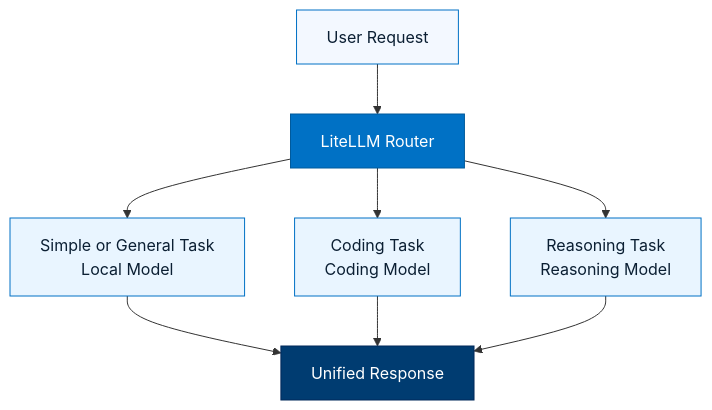
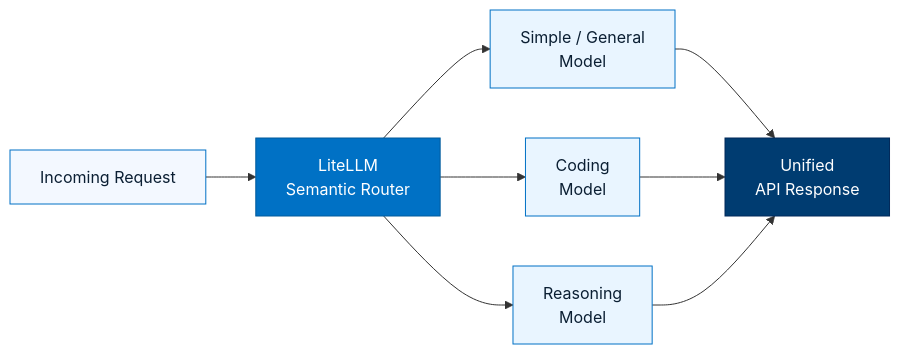
The sixth of 9 diagrams in README.md (malcolmchanhaoxian/Intel-SG-Workshop-2026), drawn with Mermaid before and after one commit. The commit also changed other lines of this file, not shown here.

````diff
--- a/README.md
+++ b/README.md
@@ -294,22 +355,23 @@
 ```mermaid
-flowchart TB
-    USER["User Request"] --> ROUTER["LiteLLM Router"]
+flowchart LR
+    REQUEST["Incoming Request"] -->
+    ROUTER["LiteLLM<br/>Semantic Router"]
 
-    ROUTER --> SIMPLE["Simple or General Task<br/>Local Model"]
-    ROUTER --> CODE["Coding Task<br/>Coding Model"]
-    ROUTER --> REASON["Reasoning Task<br/>Reasoning Model"]
+    ROUTER --> SIMPLE["Simple / General<br/>Model"]
+    ROUTER --> CODE["Coding<br/>Model"]
+    ROUTER --> REASON["Reasoning<br/>Model"]
 
-    SIMPLE --> RESPONSE["Unified Response"]
+    SIMPLE --> RESPONSE["Unified<br/>API Response"]
     CODE --> RESPONSE
     REASON --> RESPONSE
 
     classDef input fill:#f3f8ff,stroke:#0071c5,color:#0b1f33;
     classDef router fill:#0071c5,stroke:#005a9c,color:#ffffff;
     classDef endpoint fill:#e9f5ff,stroke:#0071c5,color:#0b1f33;
     classDef response fill:#003c71,stroke:#00285a,color:#ffffff;
 
-    class USER input;
+    class REQUEST input;
     class ROUTER router;
     class SIMPLE,CODE,REASON endpoint;
     class RESPONSE response;
 ```
````
